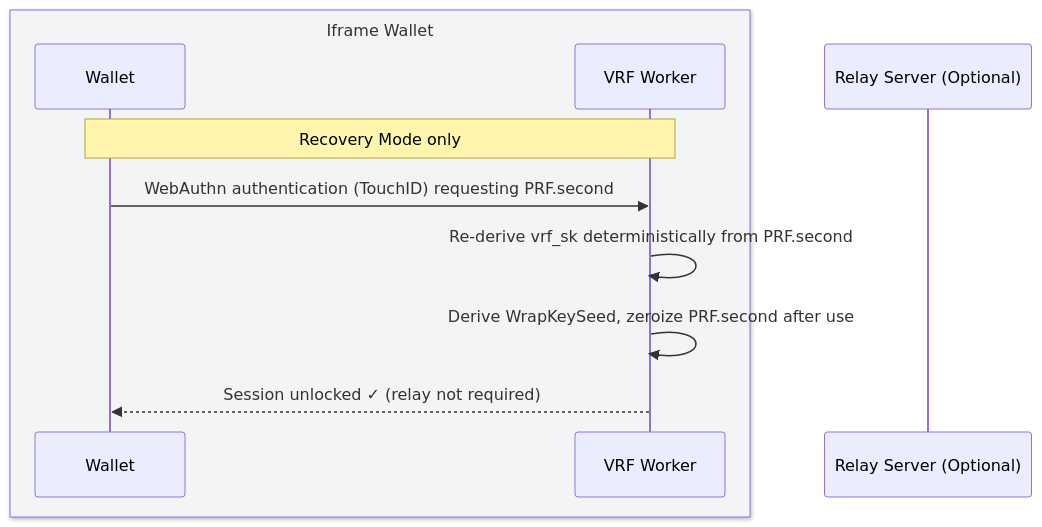
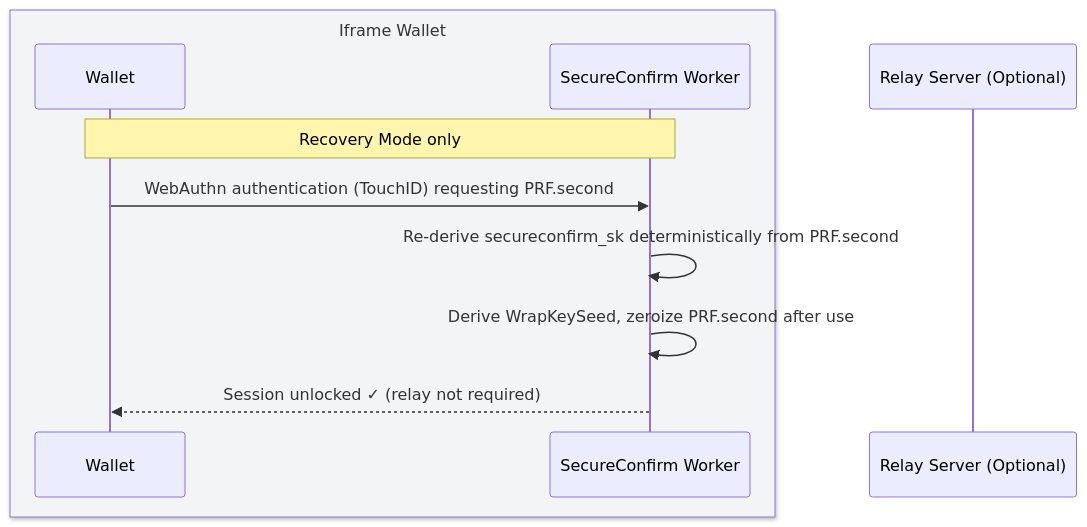
The third of 5 diagrams in examples/tatchi-docs/src/docs/concepts/architecture.md (peitalin/simple-threshold-signer), drawn with Mermaid before and after one commit. The commit also changed other lines of this file and 242 other files, not shown here.

````diff
--- a/examples/tatchi-docs/src/docs/concepts/architecture.md
+++ b/examples/tatchi-docs/src/docs/concepts/architecture.md
@@ -121,14 +121,14 @@
 ```mermaid
 sequenceDiagram
     box rgb(243, 244, 246) Iframe Wallet
     participant Wallet as Wallet
-    participant Worker as VRF Worker
+    participant Worker as SecureConfirm Worker
     end
     participant Relay as Relay Server (Optional)
 
     Note over Wallet,Worker: Recovery Mode only
     Wallet->>Worker: WebAuthn authentication (TouchID) requesting PRF.second
-    Worker->>Worker: Re-derive vrf_sk deterministically from PRF.second
+    Worker->>Worker: Re-derive secureconfirm_sk deterministically from PRF.second
     Worker->>Worker: Derive WrapKeySeed, zeroize PRF.second after use
     Worker-->>Wallet: Session unlocked ✓ (relay not required)
 ```
````
